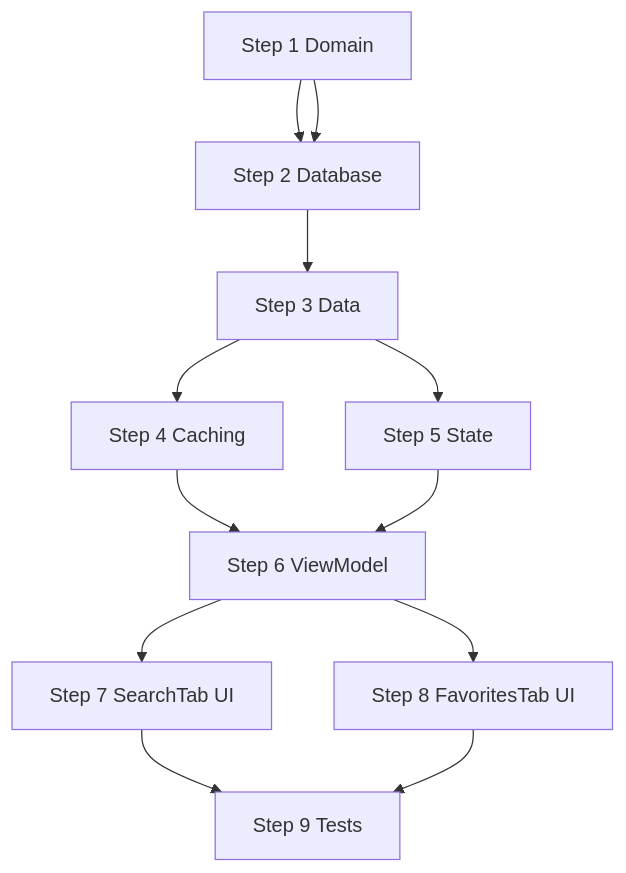
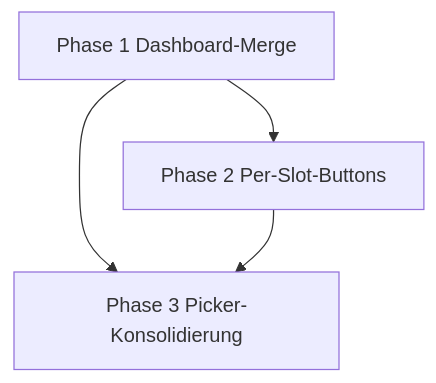
Before and after one commit to HermanoGranger/EZ-Makro: the diagram in docs/REFINEMENT_PLAN.md, drawn with Mermaid. The commit also changed other lines of this file, not shown here.

Commit message:
docs: Refinement-Plan Dashboard/Diary-Merge & Diary-UX-Verbesserungen

````diff
--- a/docs/REFINEMENT_PLAN.md
+++ b/docs/REFINEMENT_PLAN.md
@@ -529,14 +334,6 @@
 ```mermaid
 graph TD
-    A[Step 1 Domain] --> B[Step 2 Database]
-    A --> B
-    B --> C[Step 3 Data]
-    C --> D[Step 5 State]
-    C --> E[Step 4 Caching]
-    E --> F[Step 6 ViewModel]
-    D --> F
-    F --> G[Step 7 SearchTab UI]
-    F --> H[Step 8 FavoritesTab UI]
-    G --> I[Step 9 Tests]
-    H --> I
+    A[Phase 1 Dashboard-Merge] --> B[Phase 2 Per-Slot-Buttons]
+    A --> C[Phase 3 Picker-Konsolidierung]
+    B --> C
 ```
````
